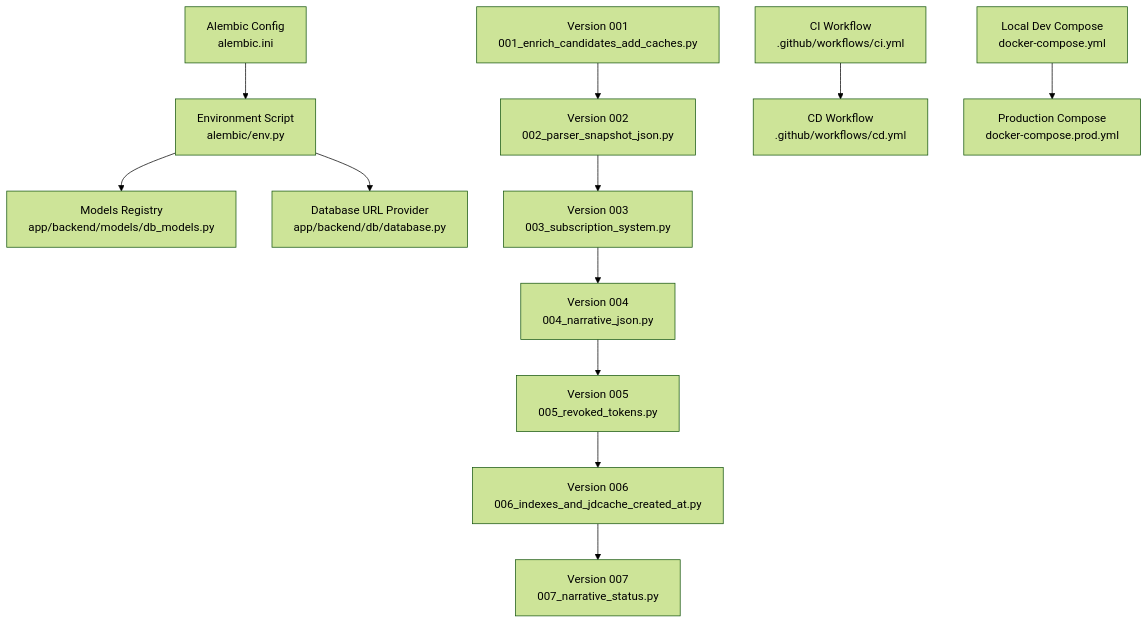
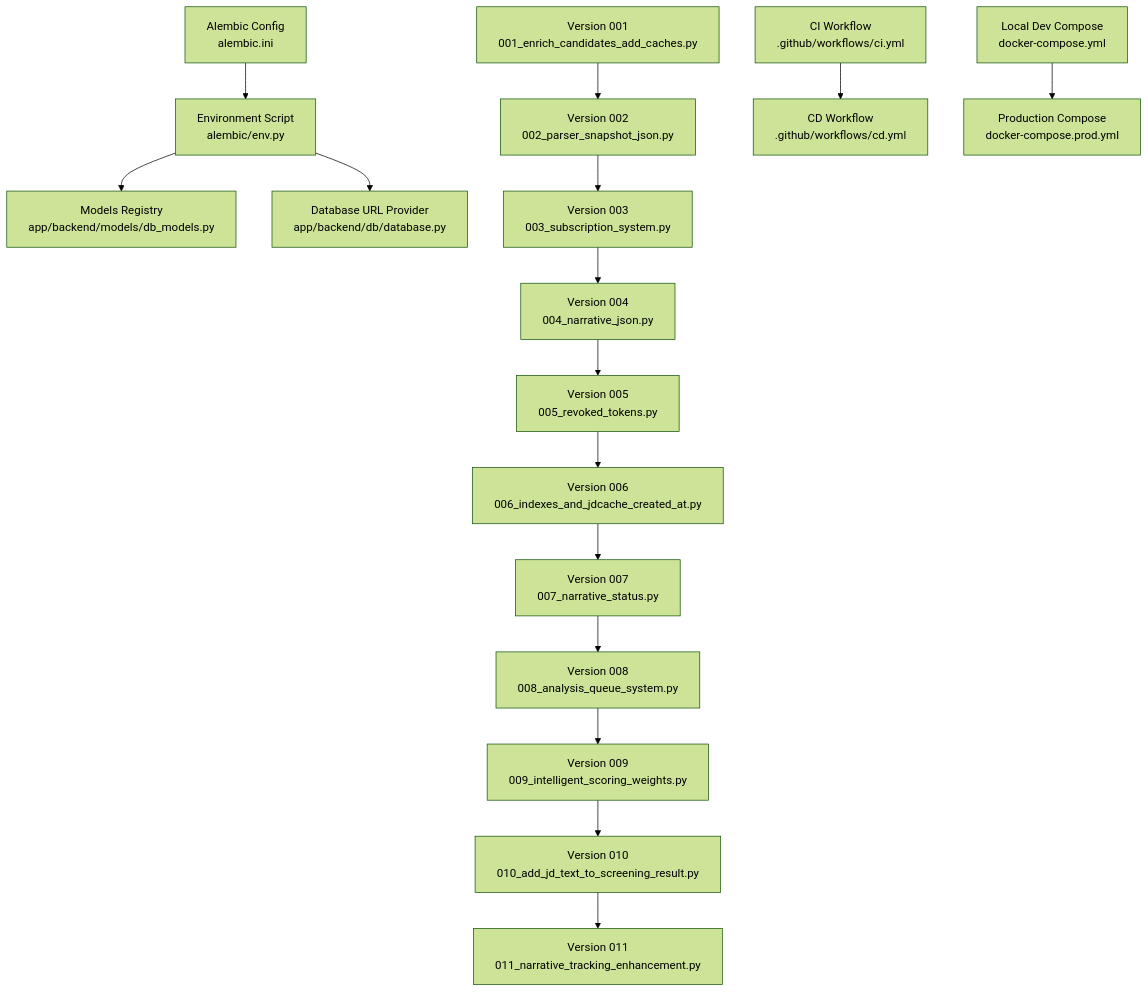
One commit to Revanththetalogics/aireume changed the first of 13 diagrams in .qoder/repowiki/en/content/Database Design/Migration Management.md. Above: the diagram before and after it, drawn with Mermaid (forest theme). The commit also changed other lines of this file and 20 other files, not shown here.

First line of the commit message:
fix: persist complete report data to analysis_result for Candidates page

````diff
--- a/.qoder/repowiki/en/content/Database Design/Migration Management.md
+++ b/.qoder/repowiki/en/content/Database Design/Migration Management.md
@@ -50,14 +56,18 @@
 ```mermaid
 graph TB
 A["Alembic Config<br/>alembic.ini"] --> B["Environment Script<br/>alembic/env.py"]
 B --> C["Models Registry<br/>app/backend/models/db_models.py"]
 B --> D["Database URL Provider<br/>app/backend/db/database.py"]
 E["Version 001<br/>001_enrich_candidates_add_caches.py"] --> F["Version 002<br/>002_parser_snapshot_json.py"]
 F --> G["Version 003<br/>003_subscription_system.py"]
 G --> H["Version 004<br/>004_narrative_json.py"]
 H --> I["Version 005<br/>005_revoked_tokens.py"]
 I --> J["Version 006<br/>006_indexes_and_jdcache_created_at.py"]
 J --> K["Version 007<br/>007_narrative_status.py"]
-L["CI Workflow<br/>.github/workflows/ci.yml"] --> M["CD Workflow<br/>.github/workflows/cd.yml"]
-N["Local Dev Compose<br/>docker-compose.yml"] --> O["Production Compose<br/>docker-compose.prod.yml"]
+K --> L["Version 008<br/>008_analysis_queue_system.py"]
+L --> M["Version 009<br/>009_intelligent_scoring_weights.py"]
+M --> N["Version 010<br/>010_add_jd_text_to_screening_result.py"]
+N --> O["Version 011<br/>011_narrative_tracking_enhancement.py"]
+P["CI Workflow<br/>.github/workflows/ci.yml"] --> Q["CD Workflow<br/>.github/workflows/cd.yml"]
+R["Local Dev Compose<br/>docker-compose.yml"] --> S["Production Compose<br/>docker-compose.prod.yml"]
 ```
````
